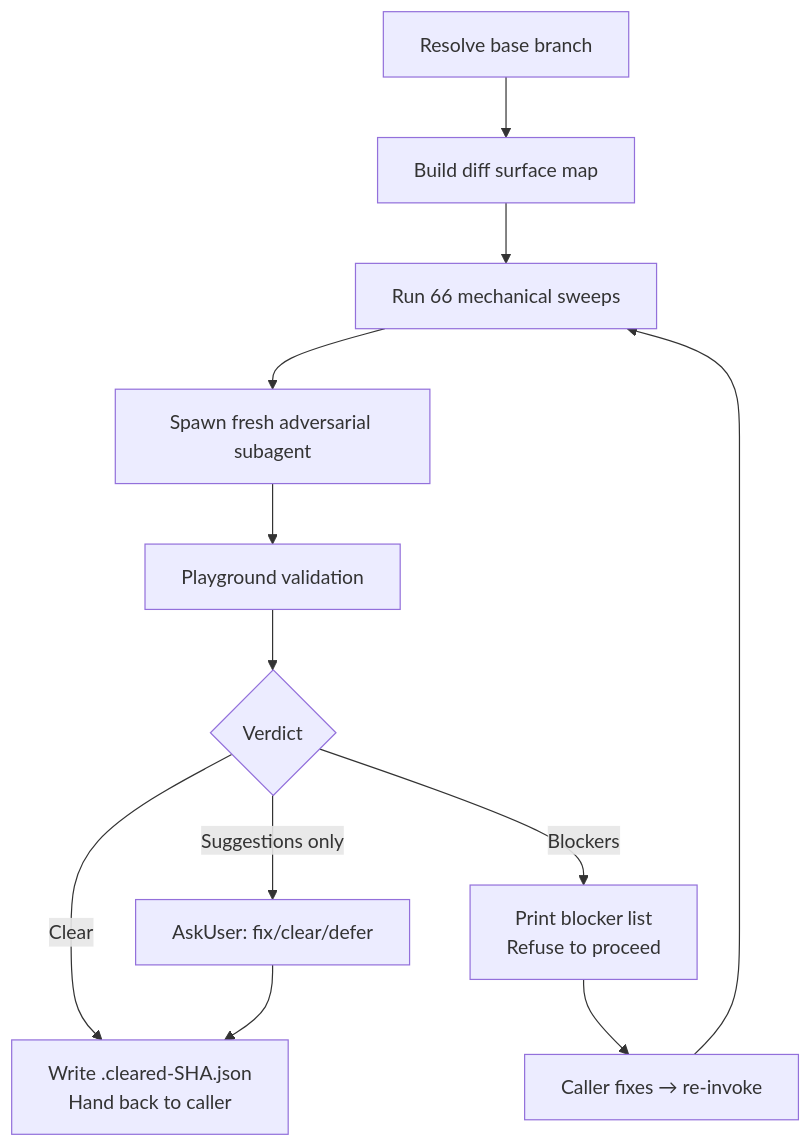
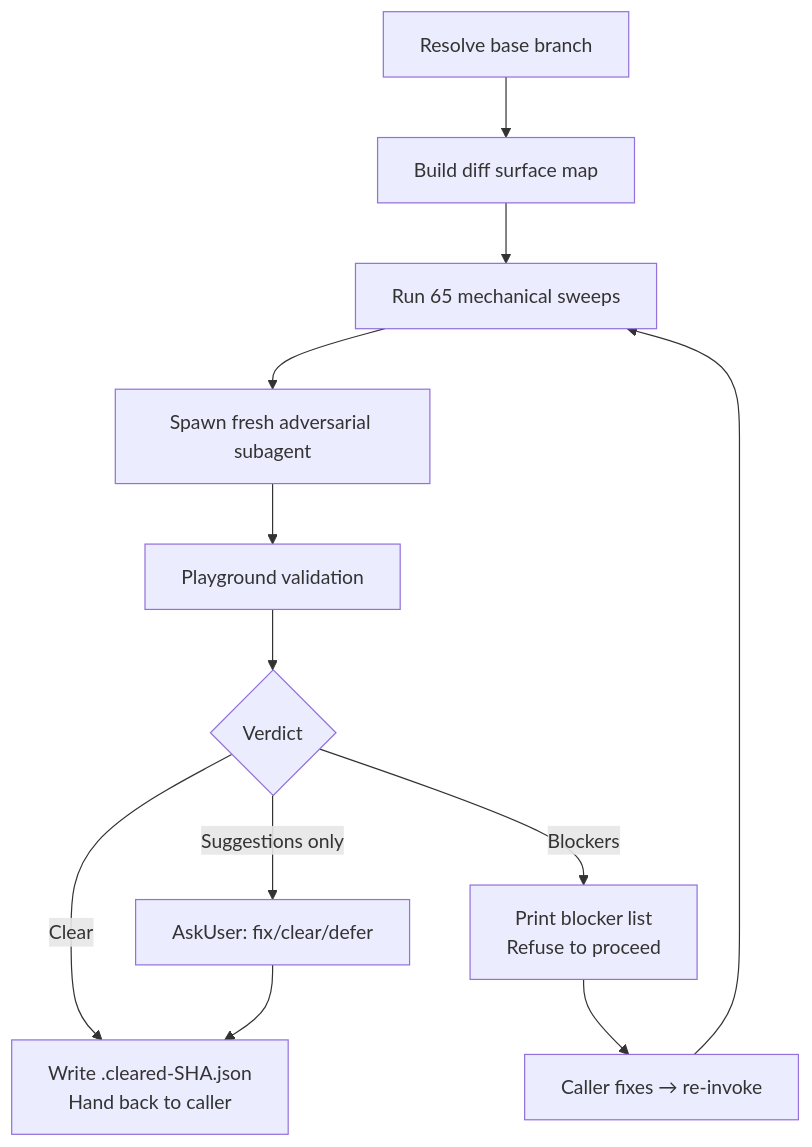
Before and after one commit to whizzzkid/skills: the diagram in skills/adversarial-review/README.md, drawn with Mermaid. The commit also changed other lines of this file and 8 other files, not shown here.

````diff
--- a/skills/adversarial-review/README.md
+++ b/skills/adversarial-review/README.md
@@ -16,14 +16,14 @@
 ```mermaid
 flowchart TD
     A[Resolve base branch] --> B[Build diff surface map]
-    B --> C[Run 66 mechanical sweeps]
+    B --> C[Run 65 mechanical sweeps]
     C --> D[Spawn fresh adversarial subagent]
     D --> E[Playground validation]
     E --> F{Verdict}
     F -->|Clear| G[Write .cleared-SHA.json<br/>Hand back to caller]
     F -->|Blockers| H[Print blocker list<br/>Refuse to proceed]
     F -->|Suggestions only| I[AskUser: fix/clear/defer]
     H --> J[Caller fixes → re-invoke]
     J --> C
     I --> G
 ```
````
